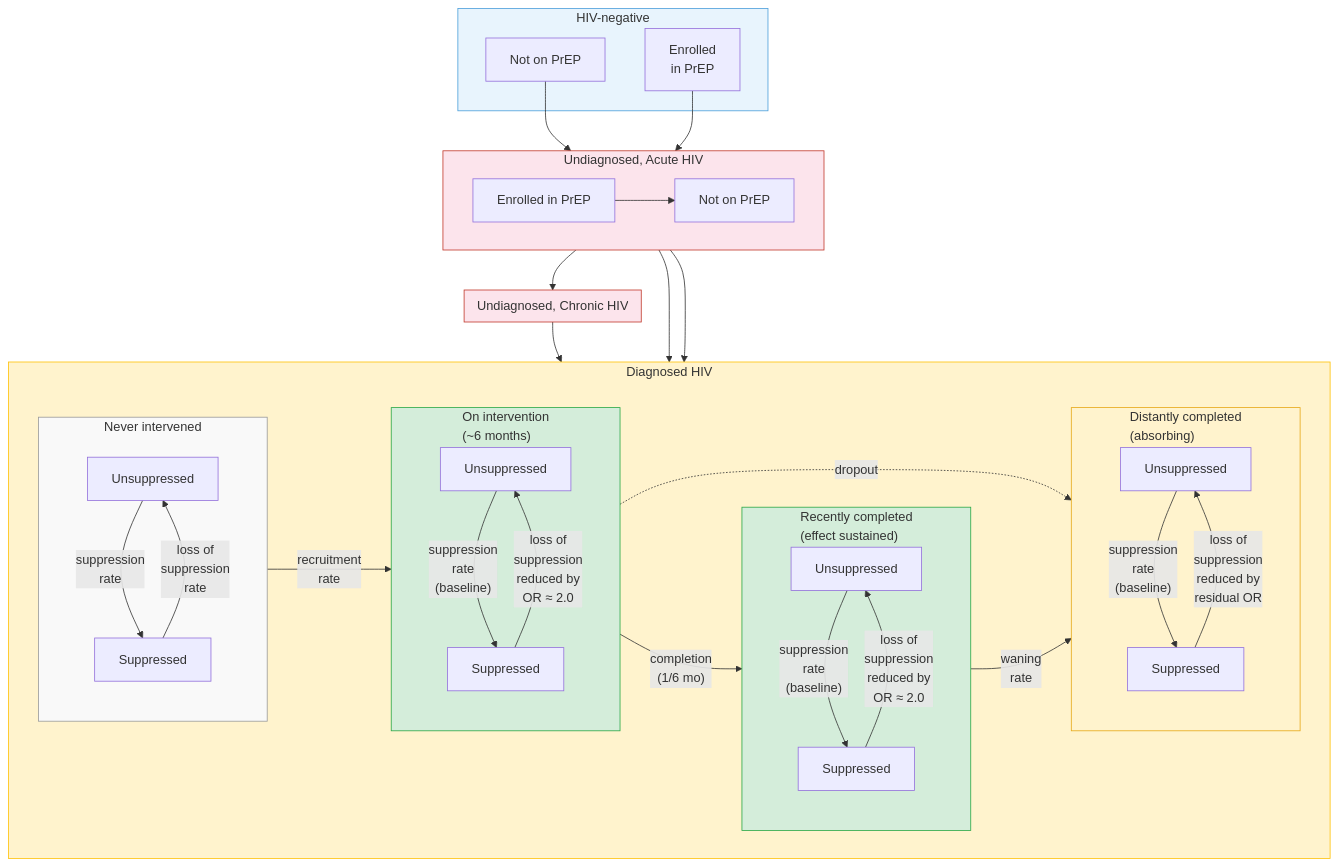
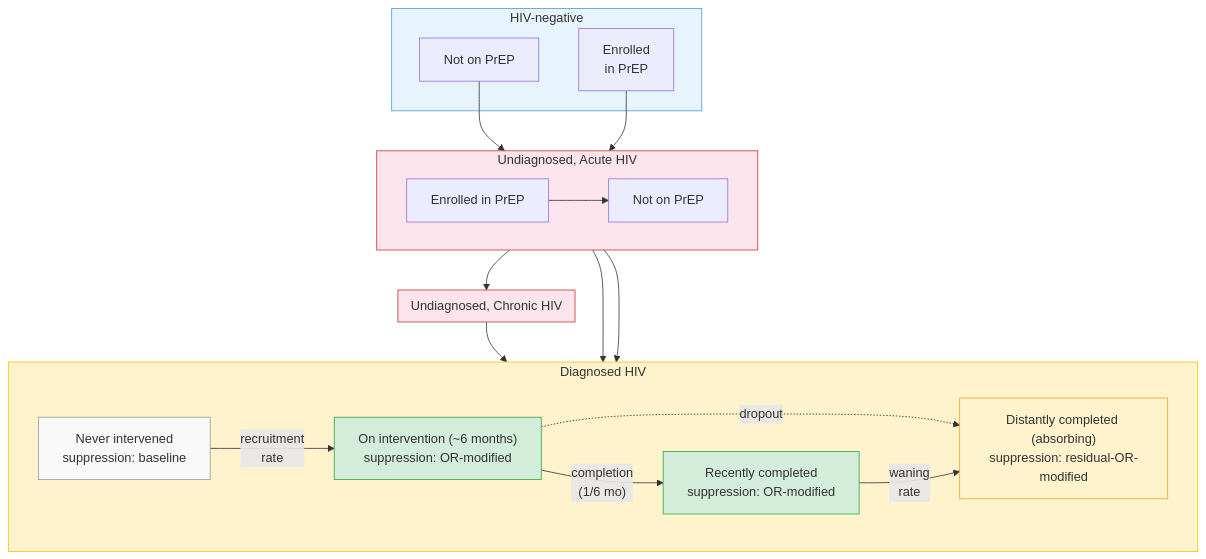
One commit to tfojo1/jheem_analyses changed the diagram in applications/tech2check/design.md. Above: the diagram before and after it, drawn with Mermaid. The commit also changed other lines of this file, not shown here.

Commit message:
Update Tech2Check design doc
Revises the design for the proportion-based suppression structure
confirmed at the 2026-04-16 checkpoint (JHEEM represents suppression
as a proportion on diagnosed compartments, not via separate
suppressed/unsuppressed sub-compartments). OR now applied directly to
the baseline proportion on the odds scale. Recruitment drawn from the
full diagnosed, age-eligible population; transportability of the OR
from the 100%-viremic trial cohort is handled via the ceiling effect
plus a conservative-OR sensitivity scenario (lower 95% CI bound = 0.90).
Diagram moved to the bottom of the document.

````diff
--- a/applications/tech2check/design.md
+++ b/applications/tech2check/design.md
@@ -27,70 +76,46 @@
 ```mermaid
 flowchart TB
     subgraph NEG ["HIV-negative"]
         NEG_NP["Not on PrEP"]
         NEG_P["Enrolled\nin PrEP"]
     end
 
     subgraph UNDIAG_ACUTE ["Undiagnosed, Acute HIV"]
         direction LR
         UACUT_NP["Not on PrEP"]
         UACUT_P["Enrolled in PrEP"]
     end
 
     subgraph UCHRO ["Undiagnosed, Chronic HIV"]
     end
 
     subgraph DIAG ["Diagnosed HIV"]
-        subgraph NEVER ["Never intervened"]
-            NU["Unsuppressed"]
-            NS["Suppressed"]
-            NU -->|"suppression\nrate"| NS
-            NS -->|"loss of\nsuppression\nrate"| NU
-        end
-
-        subgraph ON ["On intervention\n(~6 months)"]
-            OU["Unsuppressed"]
-            OS["Suppressed"]
-            OU -->|"suppression\nrate\n(baseline)"| OS
-            OS -->|"loss of\nsuppression\nreduced by\nOR ≈ 2.0"| OU
-        end
-
-        subgraph RECENT ["Recently completed\n(effect sustained)"]
-            RU["Unsuppressed"]
-            RS["Suppressed"]
-            RU -->|"suppression\nrate\n(baseline)"| RS
-            RS -->|"loss of\nsuppression\nreduced by\nOR ≈ 2.0"| RU
-        end
-
-        subgraph DISTANT ["Distantly completed\n(absorbing)"]
-            DU["Unsuppressed"]
-            DS["Suppressed"]
-            DU -->|"suppression\nrate\n(baseline)"| DS
-            DS -->|"loss of\nsuppression\nreduced by\nresidual OR"| DU
-        end
+        direction LR
+        NEVER["Never intervened\nsuppression: baseline"]
+        ON["On intervention (~6 months)\nsuppression: OR-modified"]
+        RECENT["Recently completed\nsuppression: OR-modified"]
+        DISTANT["Distantly completed (absorbing)\nsuppression: residual-OR-modified"]
+        NEVER -->|"recruitment\nrate"| ON
+        ON -->|"completion\n(1/6 mo)"| RECENT
+        ON -.->|"dropout"| DISTANT
+        RECENT -->|"waning\nrate"| DISTANT
     end
 
     %% Existing JHEEM transitions
     NEG_NP --> UACUT_NP
     NEG_P --> UACUT_P
     UACUT_P --> UACUT_NP
     UACUT_NP --> UCHRO
-    UACUT_P --> DIAG
-    UACUT_NP --> DIAG
-    UCHRO --> DIAG
-
-    %% Intervention transitions
-    NEVER -->|"recruitment\nrate"| ON
-    ON -->|"completion\n(1/6 mo)"| RECENT
-    ON -.->|"dropout"| DISTANT
-    RECENT -->|"waning\nrate"| DISTANT
+    UACUT_P --> NEVER
+    UACUT_NP --> NEVER
+    UCHRO --> NEVER
 
     style NEVER fill:#f9f9f9,stroke:#999
     style ON fill:#d4edda,stroke:#28a745
     style RECENT fill:#d4edda,stroke:#28a745
     style DISTANT fill:#fff3cd,stroke:#e6a817
     style DIAG fill:#fff3cd,stroke:#ffc107
     style NEG fill:#e8f4fd,stroke:#4a9eda
     style UNDIAG_ACUTE fill:#fce4ec,stroke:#c0392b
     style UCHRO fill:#fce4ec,stroke:#c0392b
 ```
````
